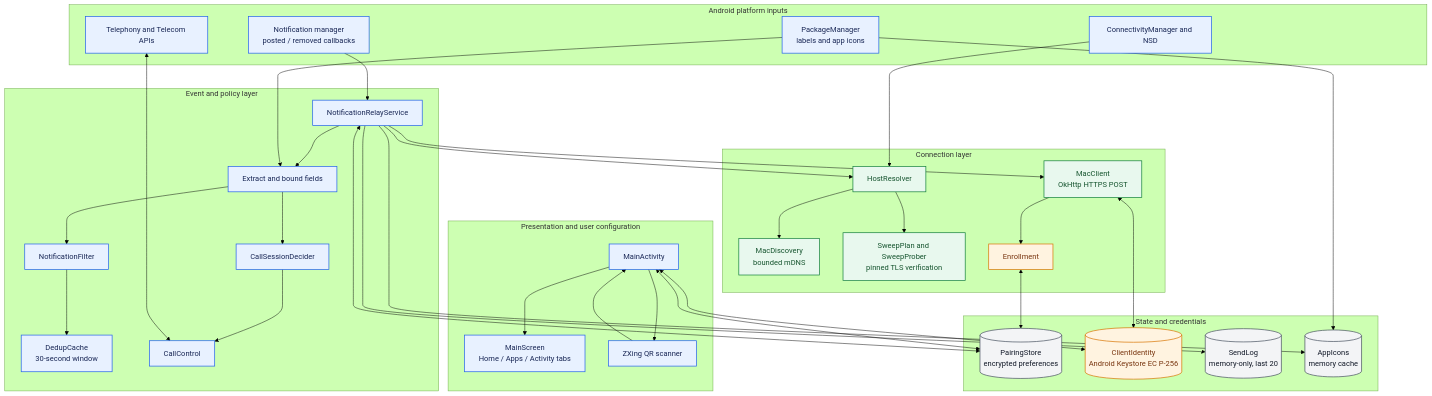
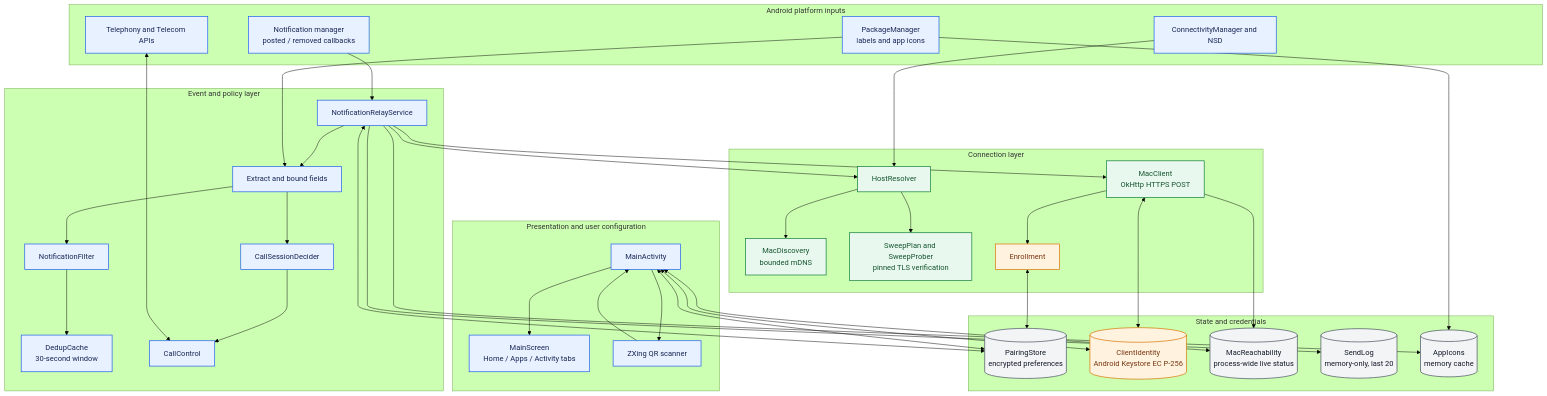
One commit to Piyush-Goenka/PhoneBridge changed the first of 2 diagrams in docs/Architecture/02-android-architecture.md. Above: the diagram before and after it, drawn with Mermaid (forest theme). The commit also changed other lines of this file and 9 other files, not shown here.

````diff
--- a/docs/Architecture/02-android-architecture.md
+++ b/docs/Architecture/02-android-architecture.md
@@ -7,76 +7,79 @@
 ```mermaid
 flowchart TD
     subgraph INPUTS["Android platform inputs"]
         OS_NOTIF["Notification manager<br/>posted / removed callbacks"]
         TELEPHONY["Telephony and Telecom APIs"]
         WIFI["ConnectivityManager and NSD"]
         PACKAGES["PackageManager<br/>labels and app icons"]
     end
 
     subgraph UI["Presentation and user configuration"]
         MAIN["MainActivity"]
         COMPOSE["MainScreen<br/>Home / Apps / Activity tabs"]
         QR["ZXing QR scanner"]
         MAIN --> COMPOSE
         MAIN --> QR
     end
 
     subgraph RELAY["Event and policy layer"]
         SERVICE["NotificationRelayService"]
         EXTRACT["Extract and bound fields"]
         CALL_DECIDE["CallSessionDecider"]
         FILTER["NotificationFilter"]
         DEDUP["DedupCache<br/>30-second window"]
         CALL_CONTROL["CallControl"]
 
         SERVICE --> EXTRACT
         EXTRACT --> CALL_DECIDE
         EXTRACT --> FILTER
         FILTER --> DEDUP
         CALL_DECIDE --> CALL_CONTROL
     end
 
     subgraph NETWORK["Connection layer"]
         CLIENT["MacClient<br/>OkHttp HTTPS POST"]
         RESOLVER["HostResolver"]
         MDNS["MacDiscovery<br/>bounded mDNS"]
         SWEEP["SweepPlan and SweepProber<br/>pinned TLS verification"]
         ENROLL["Enrollment"]
 
         RESOLVER --> MDNS
         RESOLVER --> SWEEP
         CLIENT --> ENROLL
     end
 
     subgraph STATE["State and credentials"]
         STORE[("PairingStore<br/>encrypted preferences")]
         ID[("ClientIdentity<br/>Android Keystore EC P-256")]
+        REACH[("MacReachability<br/>process-wide live status")]
         LOG[("SendLog<br/>memory-only, last 20")]
         ICON_CACHE[("AppIcons<br/>memory cache")]
     end
 
     OS_NOTIF --> SERVICE
     TELEPHONY <--> CALL_CONTROL
     WIFI --> RESOLVER
     PACKAGES --> EXTRACT
     PACKAGES --> ICON_CACHE
     QR --> MAIN
     MAIN <--> STORE
     MAIN <--> ID
+    MAIN <--> REACH
     SERVICE <--> STORE
     SERVICE --> CLIENT
+    CLIENT --> REACH
     SERVICE --> RESOLVER
     SERVICE --> ICON_CACHE
     SERVICE --> LOG
     CLIENT <--> ID
     ENROLL <--> STORE
 
     classDef android fill:#e8f1ff,stroke:#2563eb,stroke-width:1.5px,color:#172554;
     classDef network fill:#e8f8ee,stroke:#15803d,stroke-width:1.5px,color:#14532d;
     classDef security fill:#fff3e0,stroke:#d97706,stroke-width:1.5px,color:#78350f;
     classDef data fill:#f3f4f6,stroke:#4b5563,stroke-width:1.5px,color:#111827;
     class OS_NOTIF,TELEPHONY,WIFI,PACKAGES,MAIN,COMPOSE,QR,SERVICE,EXTRACT,CALL_DECIDE,FILTER,DEDUP,CALL_CONTROL android;
     class CLIENT,RESOLVER,MDNS,SWEEP network;
     class ENROLL,ID security;
-    class STORE,LOG,ICON_CACHE data;
+    class STORE,REACH,LOG,ICON_CACHE data;
 ```
````
